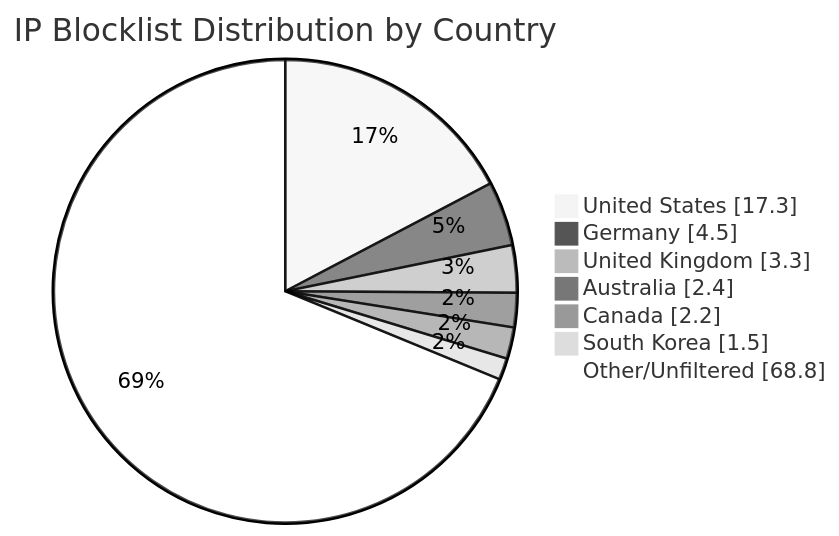
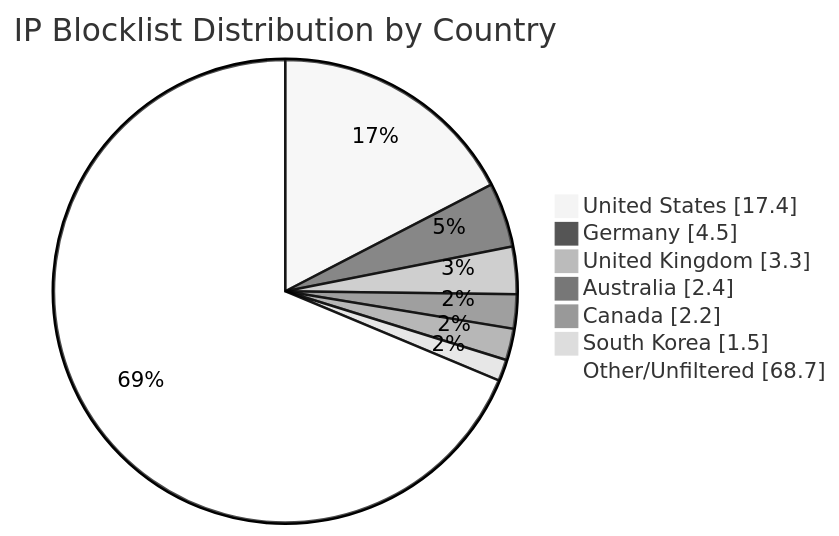
Before and after one commit to MarcusHoltz/ipblocklist-geofiltered-aggregator: the diagram in README.md, drawn with Mermaid (neutral theme). The commit also changed other lines of this file and 9 other files, not shown here.

````diff
--- a/README.md
+++ b/README.md
@@ -34,10 +34,10 @@
 ```mermaid
 pie showData title IP Blocklist Distribution by Country
-"United States" : 17.3
+"United States" : 17.4
 "Germany" : 4.5
 "United Kingdom" : 3.3
 "Australia" : 2.4
 "Canada" : 2.2
 "South Korea" : 1.5
-"Other/Unfiltered" : 68.8
+"Other/Unfiltered" : 68.7
 ```
````
